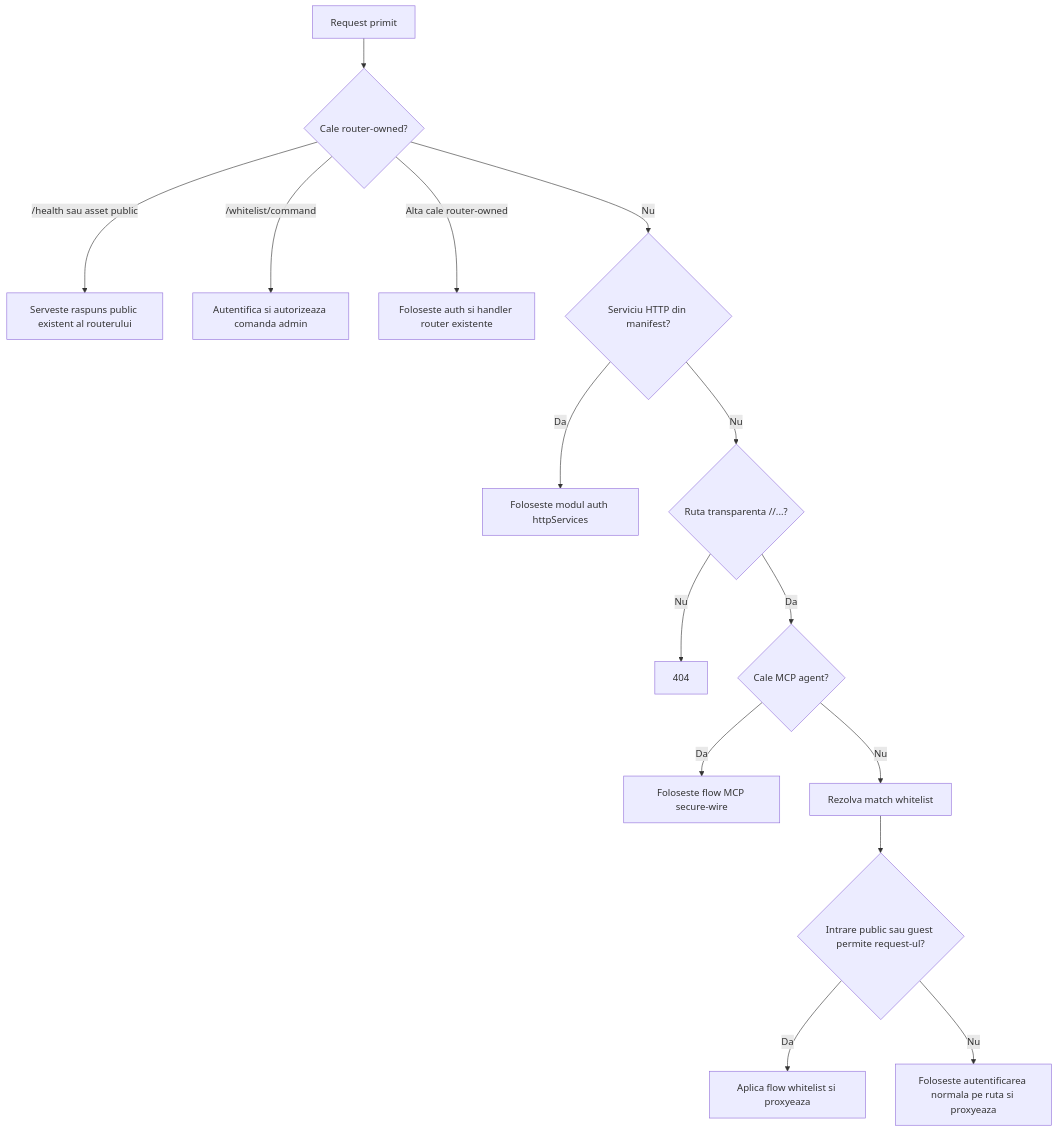
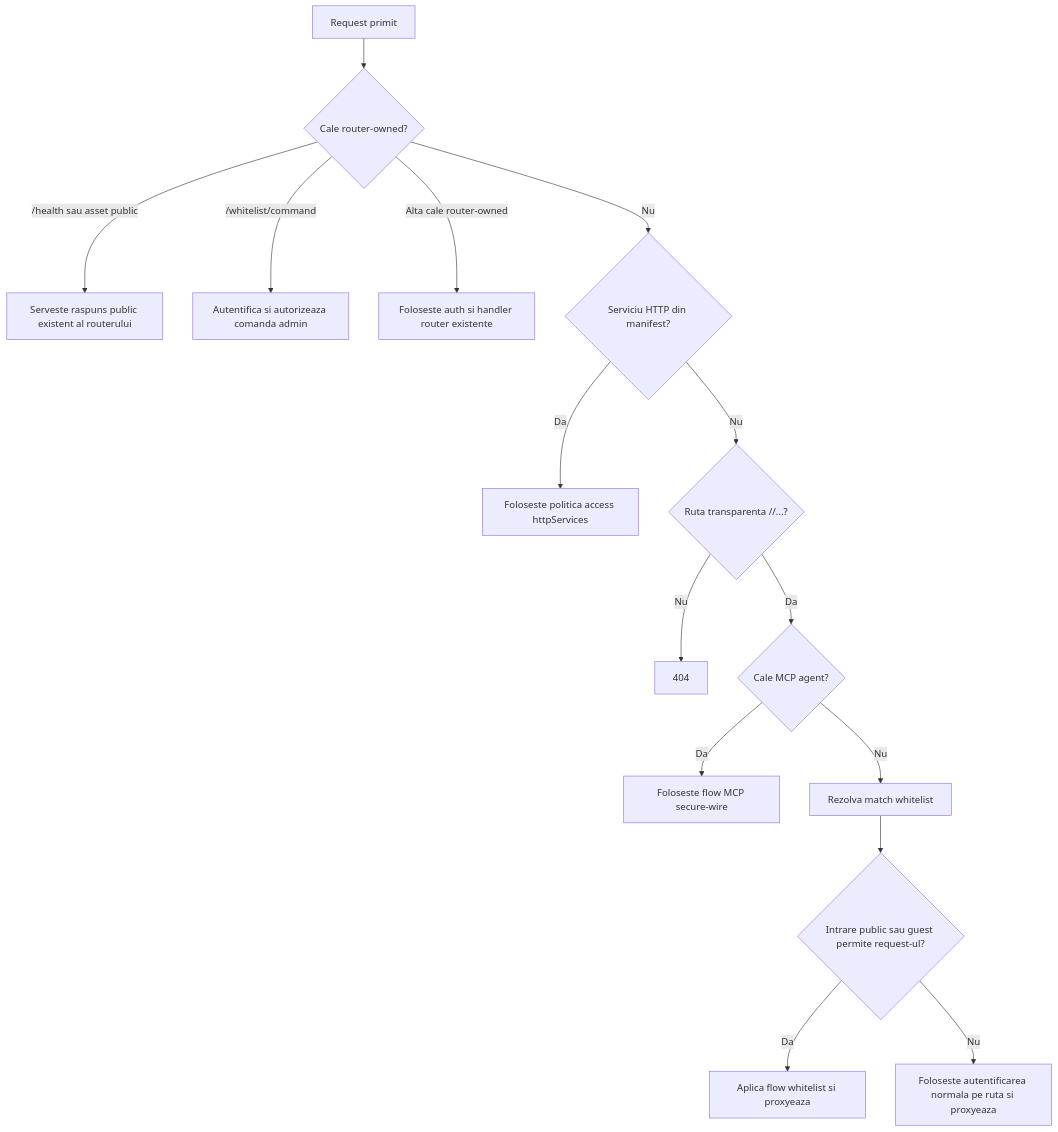
One commit to PloinkyRepos/AssistOSExplorer changed the second of 6 diagrams in docs/router-whitelist-public-access.ro.md. Above: the diagram before and after it, drawn with Mermaid. The commit also changed other lines of this file and 16 other files, not shown here.

````diff
--- a/docs/router-whitelist-public-access.ro.md
+++ b/docs/router-whitelist-public-access.ro.md
@@ -185,17 +185,17 @@
 ```mermaid
 flowchart TD
     A["Request primit"] --> B{"Cale router-owned?"}
     B -->|"/health" sau asset public| C["Serveste raspuns public existent al routerului"]
     B -->|"/whitelist/command"| D["Autentifica si autorizeaza comanda admin"]
     B -->|Alta cale router-owned| E["Foloseste auth si handler router existente"]
     B -->|Nu| F{"Serviciu HTTP din manifest?"}
-    F -->|Da| G["Foloseste modul auth httpServices"]
+    F -->|Da| G["Foloseste politica access httpServices"]
     F -->|Nu| H{"Ruta transparenta /<agent>/...?"}
     H -->|Nu| I["404"]
     H -->|Da| J{"Cale MCP agent?"}
     J -->|Da| K["Foloseste flow MCP secure-wire"]
     J -->|Nu| L["Rezolva match whitelist"]
     L --> M{"Intrare public sau guest permite request-ul?"}
     M -->|Da| N["Aplica flow whitelist si proxyeaza"]
     M -->|Nu| O["Foloseste autentificarea normala pe ruta si proxyeaza"]
 ```
````
